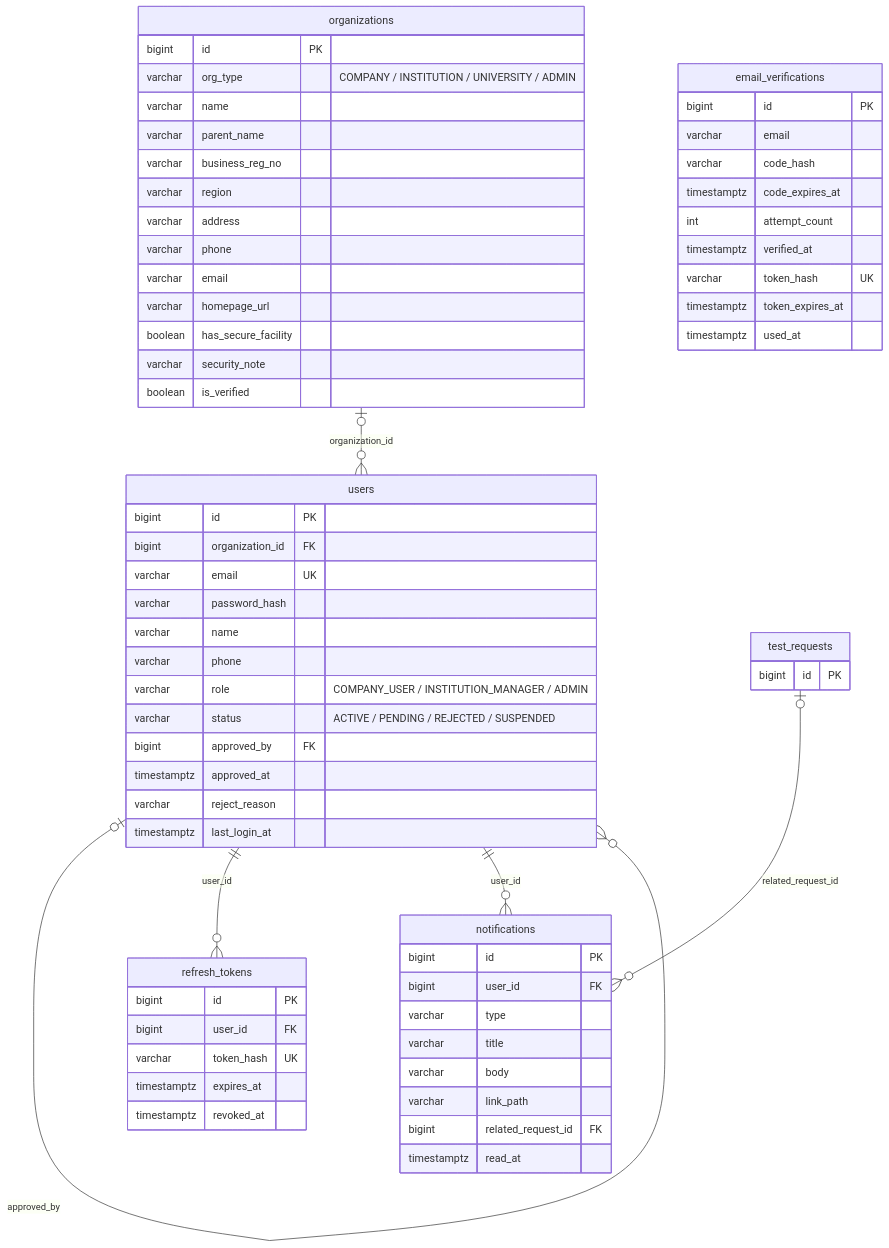
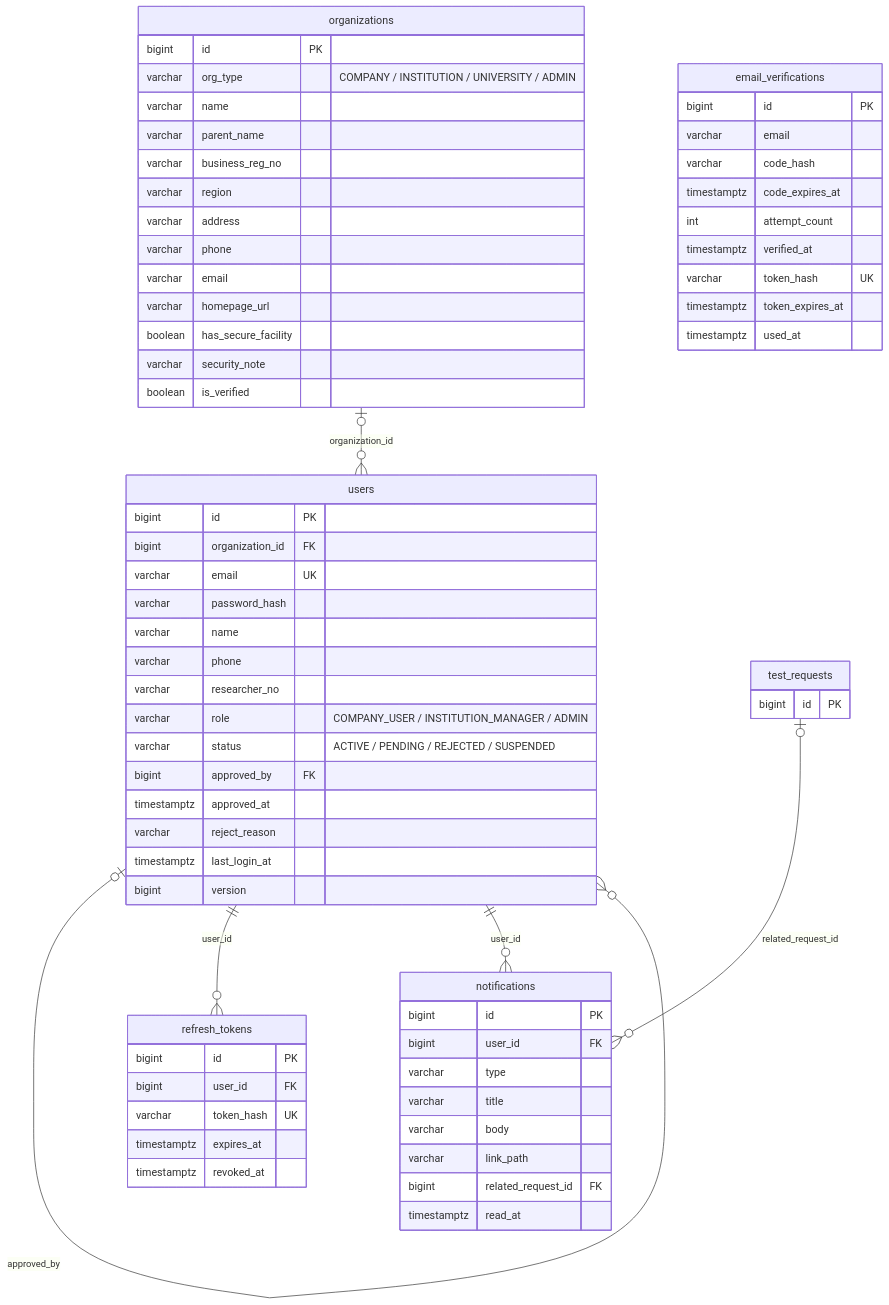
The third of 8 diagrams in README.md (capstoneastra/Astra_Back), drawn with Mermaid before and after one commit. The commit also changed other lines of this file and 7 other files, not shown here.

Commit message:
docs: 회의 결정(시험 대행) 반영 — README·ERD·api-spec·schema·시연 점검표·작업 기록 11번

````diff
--- a/README.md
+++ b/README.md
@@ -231,68 +236,70 @@
 ```mermaid
 erDiagram
     organizations {
         bigint id PK
         varchar org_type "COMPANY / INSTITUTION / UNIVERSITY / ADMIN"
         varchar name
         varchar parent_name
         varchar business_reg_no
         varchar region
         varchar address
         varchar phone
         varchar email
         varchar homepage_url
         boolean has_secure_facility
         varchar security_note
         boolean is_verified
     }
     users {
         bigint id PK
         bigint organization_id FK
         varchar email UK
         varchar password_hash
         varchar name
         varchar phone
+        varchar researcher_no
         varchar role "COMPANY_USER / INSTITUTION_MANAGER / ADMIN"
         varchar status "ACTIVE / PENDING / REJECTED / SUSPENDED"
         bigint approved_by FK
         timestamptz approved_at
         varchar reject_reason
         timestamptz last_login_at
+        bigint version
     }
     refresh_tokens {
         bigint id PK
         bigint user_id FK
         varchar token_hash UK
         timestamptz expires_at
         timestamptz revoked_at
     }
     email_verifications {
         bigint id PK
         varchar email
         varchar code_hash
         timestamptz code_expires_at
         int attempt_count
         timestamptz verified_at
         varchar token_hash UK
         timestamptz token_expires_at
         timestamptz used_at
     }
     notifications {
         bigint id PK
         bigint user_id FK
         varchar type
         varchar title
         varchar body
         varchar link_path
         bigint related_request_id FK
         timestamptz read_at
     }
     test_requests {
         bigint id PK
     }
     organizations |o--o{ users : "organization_id"
     users |o--o{ users : "approved_by"
     users ||--o{ refresh_tokens : "user_id"
     users ||--o{ notifications : "user_id"
     test_requests |o--o{ notifications : "related_request_id"
 ```
````
